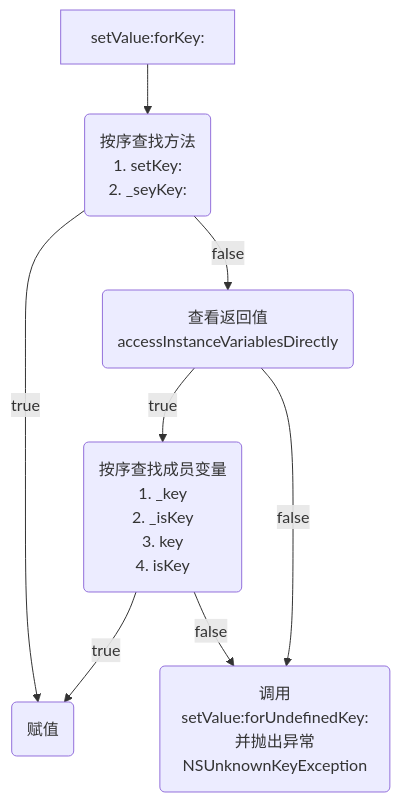
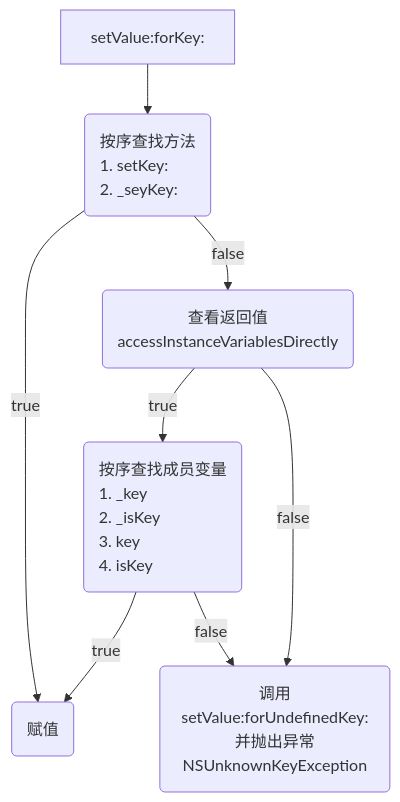
The diagram in 01-Coding/01-iOS/01-面试/01-OC/01-语法/03-KVC.md (627969687/LevelUp), drawn with Mermaid before and after one commit. The commit also changed 2 other files, not shown here.

Commit message:
vault backup: 2024-12-13 02:16:53

````diff
--- a/01-Coding/01-iOS/01-面试/01-OC/01-语法/03-KVC.md
+++ b/01-Coding/01-iOS/01-面试/01-OC/01-语法/03-KVC.md
@@ -47,17 +47,17 @@
 ```mermaid
 graph TD
 
-findFunc(按序查找方法<br>1. setKey:<br>2. _seyKey:)
+findFunc(按序查找方法<br><p align="left">1. setKey:<br>2. _seyKey:</p>)
 setValue(赋值)
 checkVariablesDirectly(查看返回值<br>accessInstanceVariablesDirectly)
-findVariablesDirectly(按序查找成员变量<br>1. _key<br>2. _isKey<br>3. key<br>4. isKey)
+findVariablesDirectly(按序查找成员变量<br><p align="left">1. _key<br>2. _isKey<br>3. key<br>4. isKey</p>)
 undefinedKey(调用setValue:forUndefinedKey:<br>并抛出异常NSUnknownKeyException)
 
 setValue:forKey: --> findFunc
 findFunc --true--> setValue
 findFunc --false--> checkVariablesDirectly
 checkVariablesDirectly --true--> findVariablesDirectly
 findVariablesDirectly --true--> setValue
 checkVariablesDirectly --false--> undefinedKey
 findVariablesDirectly --false--> undefinedKey
 ```
````
